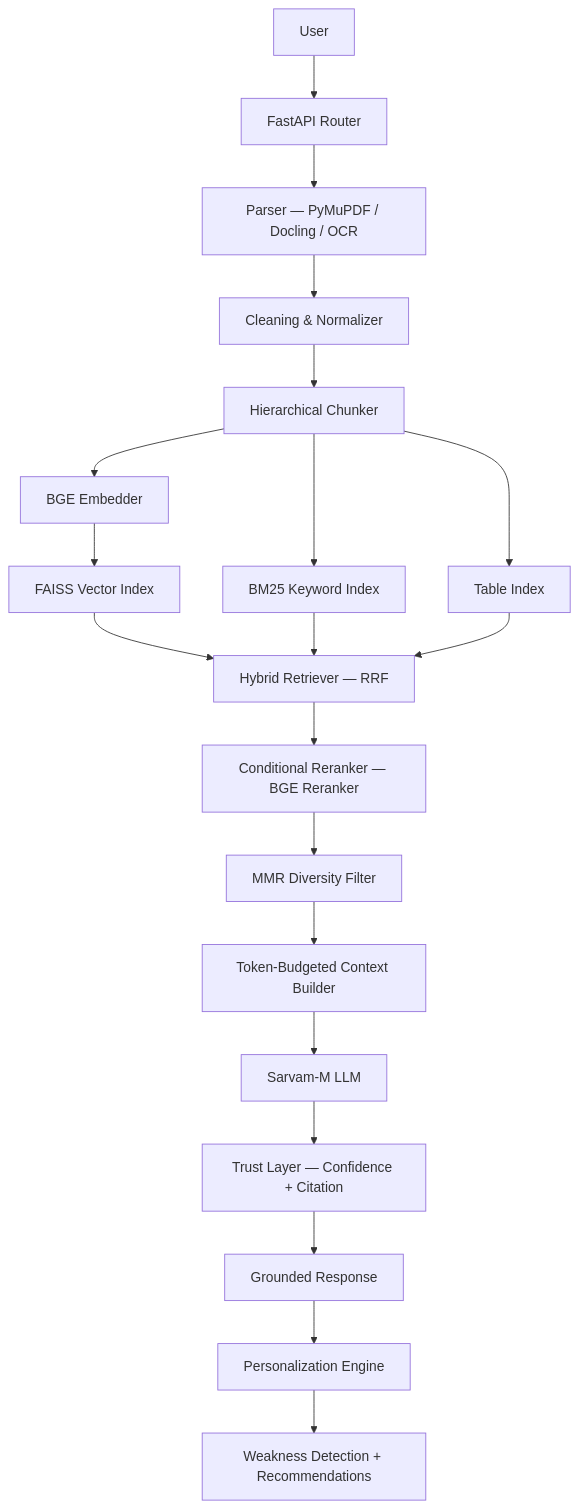
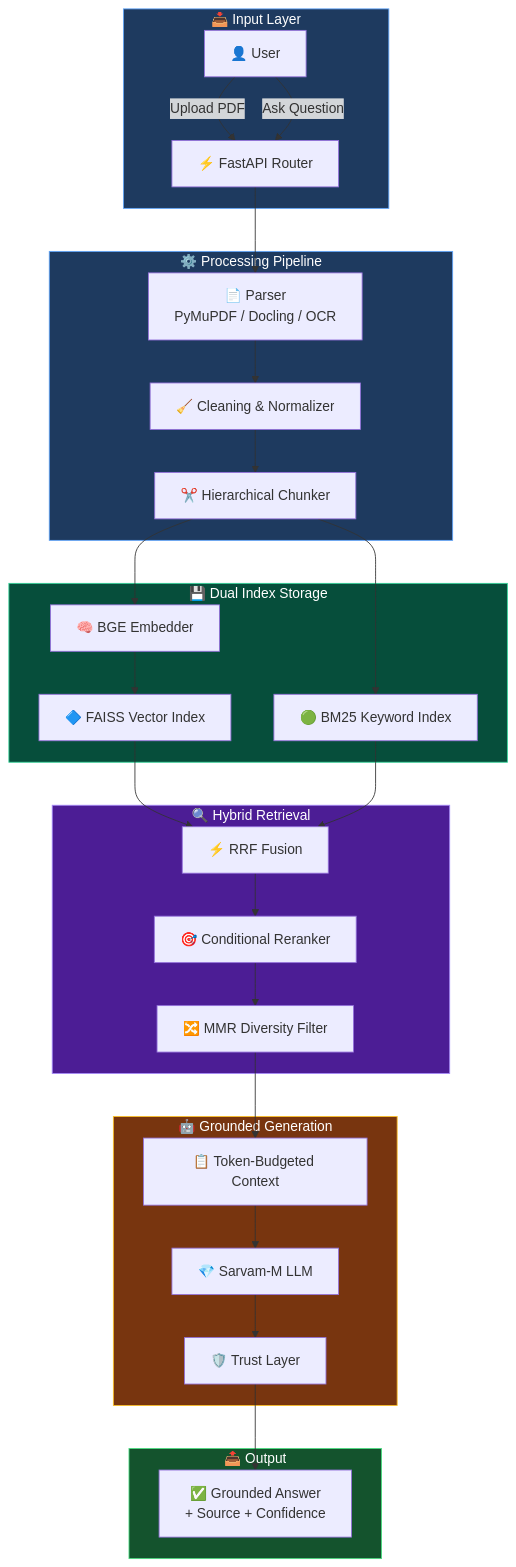
Before and after one commit to Nishant-aiml/iveri-llm-advanced-rag-learning-system: the first of 2 diagrams in README.md, drawn with Mermaid. The commit also changed other lines of this file, not shown here.

Commit message:
✨ Redesign README with premium visuals, badges, animated headers, mermaid diagrams, feature cards

````diff
--- a/README.md
+++ b/README.md
@@ -80,22 +73,43 @@
 ```mermaid
 flowchart TD
-    User --> API[FastAPI Router]
-    API --> Parser[Parser — PyMuPDF / Docling / OCR]
-    Parser --> Normalizer[Cleaning & Normalizer]
-    Normalizer --> Chunker[Hierarchical Chunker]
-    Chunker --> Embedder[BGE Embedder]
-    Embedder --> FAISS[FAISS Vector Index]
-    Chunker --> BM25[BM25 Keyword Index]
-    Chunker --> TableIndex[Table Index]
-    FAISS --> Retriever[Hybrid Retriever — RRF]
-    BM25 --> Retriever
-    TableIndex --> Retriever
-    Retriever --> Reranker[Conditional Reranker — BGE Reranker]
-    Reranker --> MMR[MMR Diversity Filter]
-    MMR --> ContextFilter[Token-Budgeted Context Builder]
-    ContextFilter --> LLM[Sarvam-M LLM]
-    LLM --> TrustLayer[Trust Layer — Confidence + Citation]
-    TrustLayer --> Response[Grounded Response]
-    Response --> PersonalizationEngine[Personalization Engine]
-    PersonalizationEngine --> WeaknessDetection[Weakness Detection + Recommendations]
+    subgraph INPUT["📥 Input Layer"]
+        U[👤 User] -->|Upload PDF| API[⚡ FastAPI Router]
+        U -->|Ask Question| API
+    end
+
+    subgraph PROCESSING["⚙️ Processing Pipeline"]
+        API --> Parser["📄 Parser<br/>PyMuPDF / Docling / OCR"]
+        Parser --> Normalizer["🧹 Cleaning & Normalizer"]
+        Normalizer --> Chunker["✂️ Hierarchical Chunker"]
+    end
+
+    subgraph INDEXING["💾 Dual Index Storage"]
+        Chunker --> Embedder["🧠 BGE Embedder"]
+        Embedder --> FAISS["🔷 FAISS Vector Index"]
+        Chunker --> BM25["🟢 BM25 Keyword Index"]
+    end
+
+    subgraph RETRIEVAL["🔍 Hybrid Retrieval"]
+        FAISS --> RRF["⚡ RRF Fusion"]
+        BM25 --> RRF
+        RRF --> Reranker["🎯 Conditional Reranker"]
+        Reranker --> MMR["🔀 MMR Diversity Filter"]
+    end
+
+    subgraph GENERATION["🤖 Grounded Generation"]
+        MMR --> Context["📋 Token-Budgeted Context"]
+        Context --> LLM["💎 Sarvam-M LLM"]
+        LLM --> Trust["🛡️ Trust Layer"]
+    end
+
+    subgraph OUTPUT["📤 Output"]
+        Trust --> Response["✅ Grounded Answer<br/>+ Source + Confidence"]
+    end
+
+    style INPUT fill:#1e3a5f,stroke:#60a5fa,color:#fff
+    style PROCESSING fill:#1e3a5f,stroke:#60a5fa,color:#fff
+    style INDEXING fill:#064e3b,stroke:#34d399,color:#fff
+    style RETRIEVAL fill:#4c1d95,stroke:#a78bfa,color:#fff
+    style GENERATION fill:#78350f,stroke:#fbbf24,color:#fff
+    style OUTPUT fill:#14532d,stroke:#4ade80,color:#fff
 ```
````
